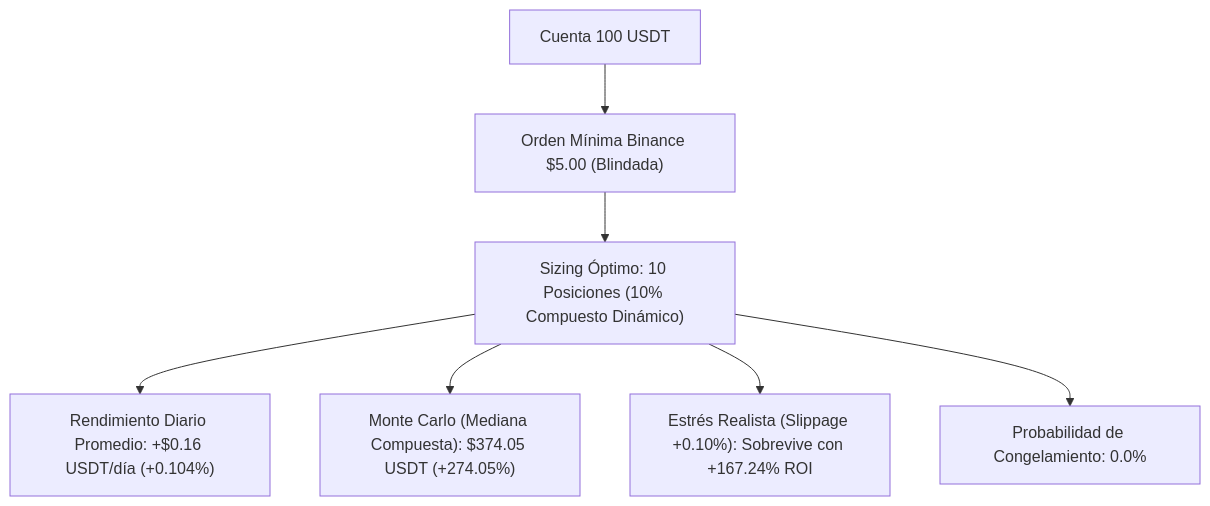
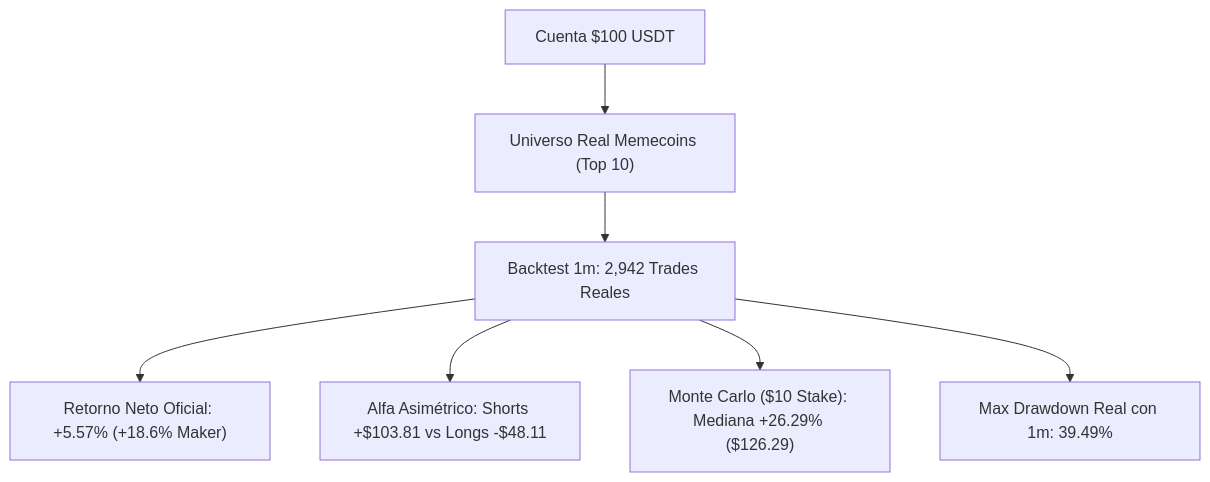
The diagram in docs/reports/INFORME_FUTUROS_100_USDT.md (kalebCard/MemeHunter), drawn with Mermaid before and after one commit. The commit also changed other lines of this file and 5 other files, not shown here.

````diff
--- a/docs/reports/INFORME_FUTUROS_100_USDT.md
+++ b/docs/reports/INFORME_FUTUROS_100_USDT.md
@@ -16,9 +17,9 @@
 ```mermaid
 graph TD
-    A["Cuenta 100 USDT"] --> B["Orden Mínima Binance $5.00 (Blindada)"]
-    B --> C["Sizing Óptimo: 10 Posiciones (10% Compuesto Dinámico)"]
-    C --> D1["Rendimiento Diario Promedio: +$0.16 USDT/día (+0.104%)"]
-    C --> D2["Monte Carlo (Mediana Compuesta): $374.05 USDT (+274.05%)"]
-    C --> D3["Estrés Realista (Slippage +0.10%): Sobrevive con +167.24% ROI"]
-    C --> D4["Probabilidad de Congelamiento: 0.0%"]
+    A["Cuenta $100 USDT"] --> B["Universo Real Memecoins (Top 10)"]
+    B --> C["Backtest 1m: 2,942 Trades Reales"]
+    C --> D1["Retorno Neto Oficial: +5.57% (+18.6% Maker)"]
+    C --> D2["Alfa Asimétrico: Shorts +$103.81 vs Longs -$48.11"]
+    C --> D3["Monte Carlo ($10 Stake): Mediana +26.29% ($126.29)"]
+    C --> D4["Max Drawdown Real con 1m: 39.49%"]
 ```
````
